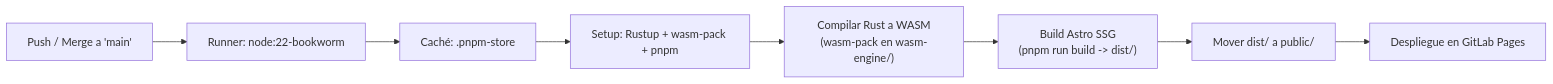
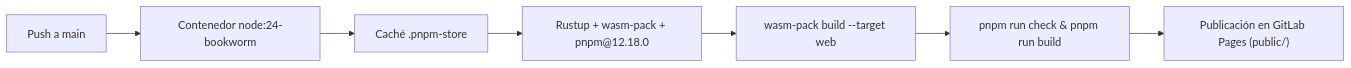
The second of 2 diagrams in README.md (farsep/utec-scheduler), drawn with Mermaid before and after one commit. The commit also changed other lines of this file and 28 other files, not shown here.

````diff
--- a/README.md
+++ b/README.md
@@ -346,10 +294,9 @@
 ```mermaid
 flowchart LR
-    A["Push / Merge a 'main'"] --> B["Runner: node:22-bookworm"]
-    B --> C["Caché: .pnpm-store"]
-    C --> D["Setup: Rustup + wasm-pack + pnpm"]
-    D --> E["Compilar Rust a WASM\n(wasm-pack en wasm-engine/)"]
-    E --> F["Build Astro SSG\n(pnpm run build -> dist/)"]
-    F --> G["Mover dist/ a public/"]
-    G --> H["Despliegue en GitLab Pages"]
+    A["Push a main"] --> B["Contenedor node:24-bookworm"]
+    B --> C["Caché .pnpm-store"]
+    C --> D["Rustup + wasm-pack + pnpm@12.18.0"]
+    D --> E["wasm-pack build --target web"]
+    E --> F["pnpm run check & pnpm run build"]
+    F --> G["Publicación en GitLab Pages (public/)"]
 ```
````
